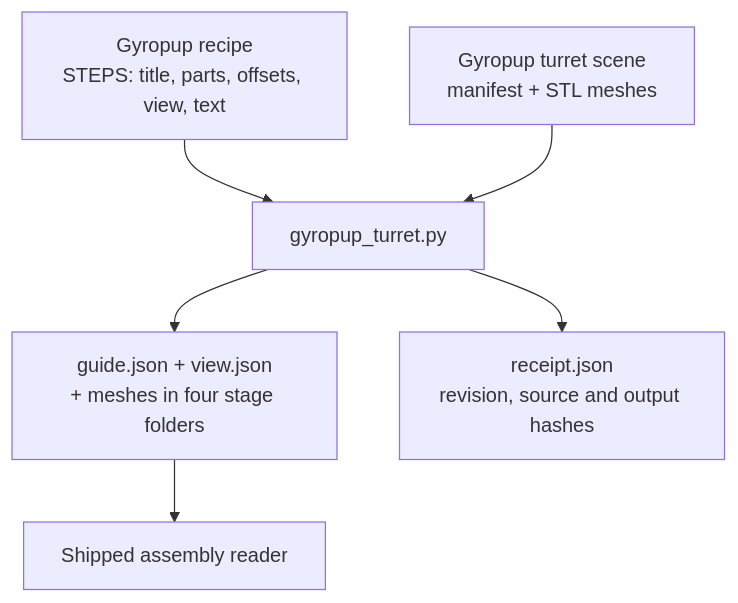
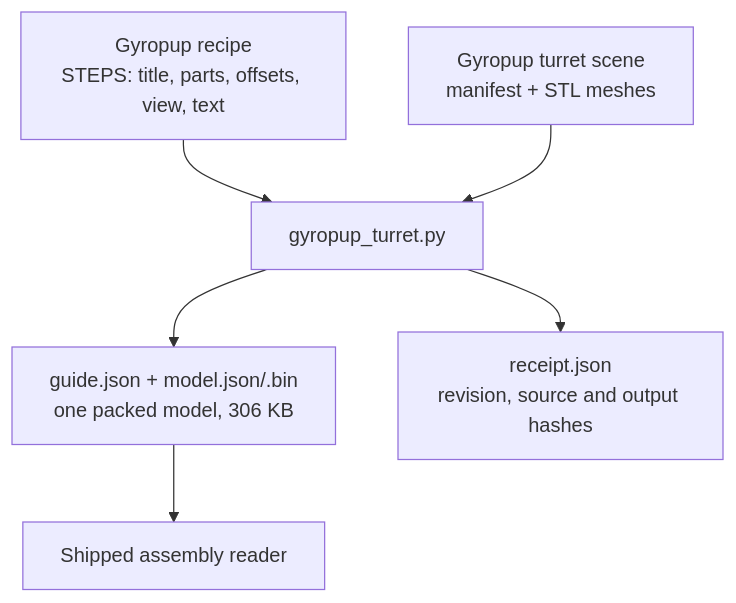
Before and after one commit to Valpatel/cad-agent: the diagram in docs/examples/build-guide/README.md, drawn with Mermaid. The commit also changed other lines of this file and 86 other files, not shown here.

First line of the commit message:
Featured guide: one packed model, stated rules for Gyropup's codes, phone order

````diff
--- a/docs/examples/build-guide/README.md
+++ b/docs/examples/build-guide/README.md
@@ -9,8 +9,8 @@
 ```mermaid
 flowchart TD
   R["Gyropup recipe<br/>STEPS: title, parts, offsets, view, text"] --> C[gyropup_turret.py]
   S["Gyropup turret scene<br/>manifest + STL meshes"] --> C
-  C --> G["guide.json + view.json<br/>+ meshes in four stage folders"]
+  C --> G["guide.json + model.json/.bin<br/>one packed model, 306 KB"]
   C --> E["receipt.json<br/>revision, source and output hashes"]
   G --> V[Shipped assembly reader]
 ```
````
